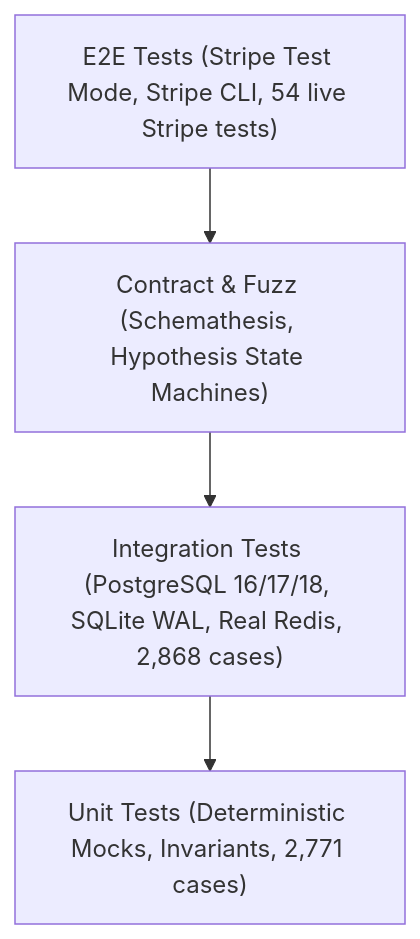
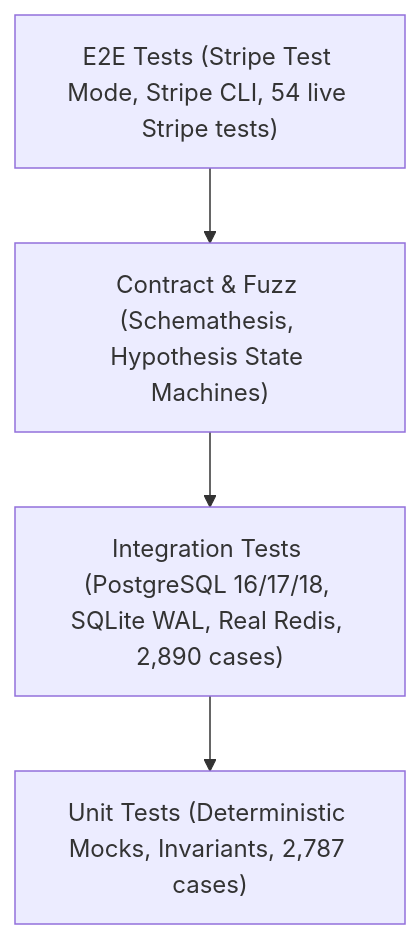
The first of 2 diagrams in docs/TESTING.md (nadeko0/fastapi_e-commerce_backend), drawn with Mermaid before and after one commit. The commit also changed other lines of this file and 33 other files, not shown here.

````diff
--- a/docs/TESTING.md
+++ b/docs/TESTING.md
@@ -7,6 +7,6 @@
 ```mermaid
 flowchart TD
     E2E["E2E Tests (Stripe Test Mode, Stripe CLI, 54 live Stripe tests)"] --> Fuzz["Contract & Fuzz (Schemathesis, Hypothesis State Machines)"]
-    Fuzz --> Integration["Integration Tests (PostgreSQL 16/17/18, SQLite WAL, Real Redis, 2,868 cases)"]
-    Integration --> Unit["Unit Tests (Deterministic Mocks, Invariants, 2,771 cases)"]
+    Fuzz --> Integration["Integration Tests (PostgreSQL 16/17/18, SQLite WAL, Real Redis, 2,890 cases)"]
+    Integration --> Unit["Unit Tests (Deterministic Mocks, Invariants, 2,787 cases)"]
 ```
````
